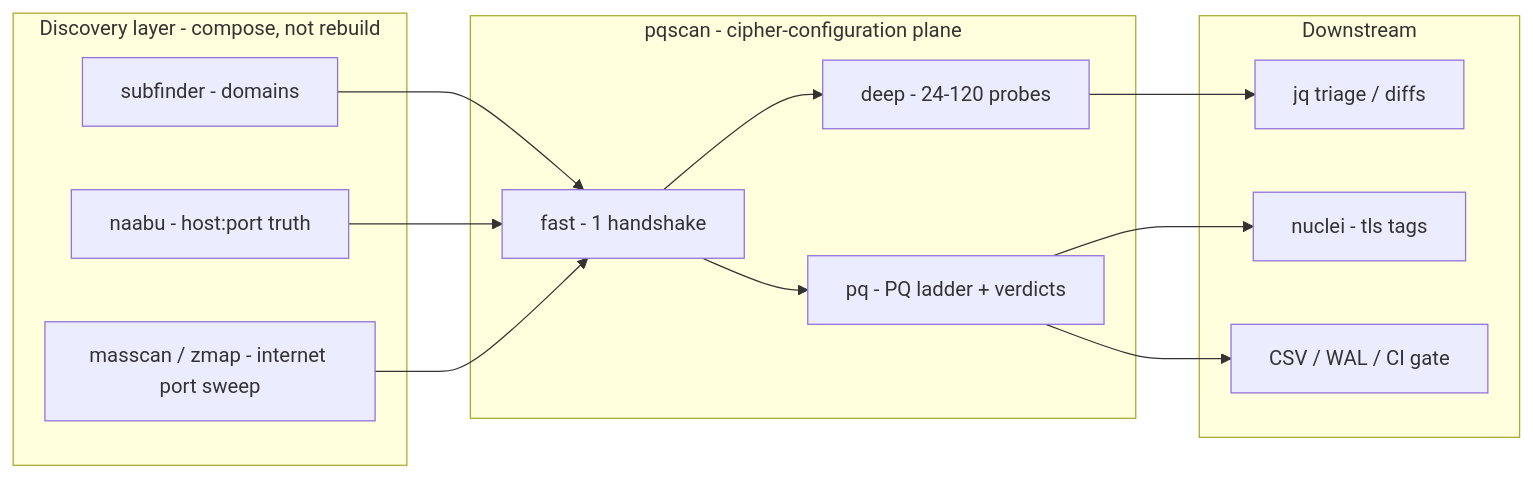
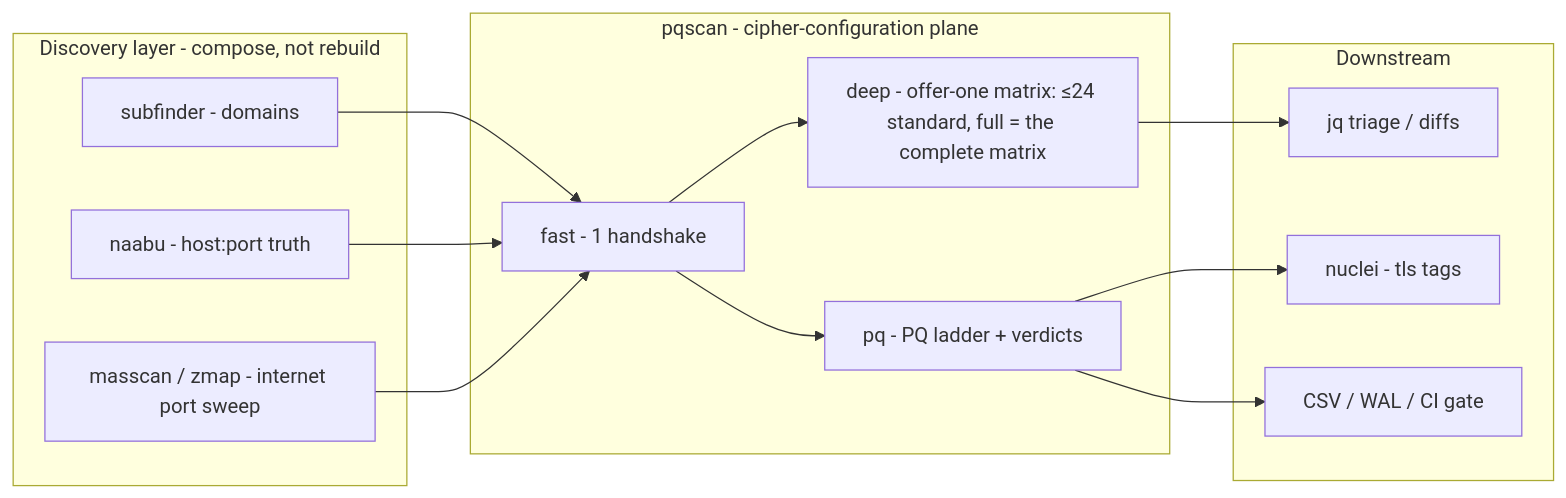
Before and after one commit to shsingh/pqscan: the first of 4 diagrams in docs/spec.md, drawn with Mermaid. The commit also changed other lines of this file, not shown here.

````diff
--- a/docs/spec.md
+++ b/docs/spec.md
@@ -219,26 +219,26 @@
 ```mermaid
 flowchart LR
   subgraph DISC["Discovery layer - compose, not rebuild"]
     S[subfinder - domains]
     N[naabu - host:port truth]
     M[masscan / zmap - internet port sweep]
   end
   subgraph PQ["pqscan - cipher-configuration plane"]
     P1["fast - 1 handshake"]
-    P2["deep - 24-120 probes"]
+    P2["deep - offer-one matrix: ≤24 standard, full = the complete matrix"]
     P3["pq - PQ ladder + verdicts"]
   end
   subgraph SINK["Downstream"]
     J[jq triage / diffs]
     U[nuclei - tls tags]
     R[CSV / WAL / CI gate]
   end
   S --> P1
   N --> P1
   M --> P1
   P1 --> P2
   P1 --> P3
   P2 --> J
   P3 --> U
   P3 --> R
 ```
````
